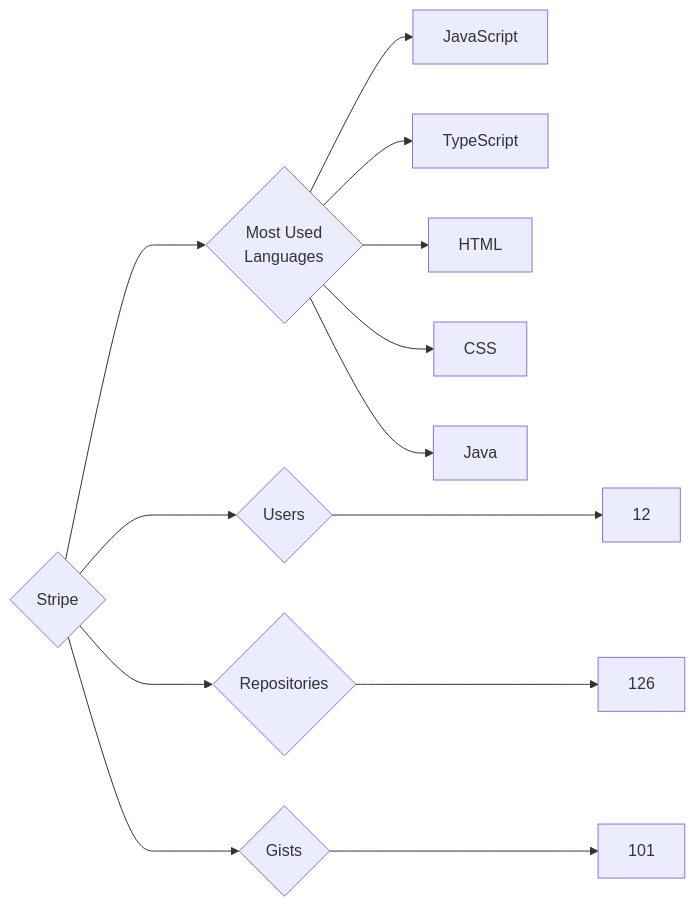
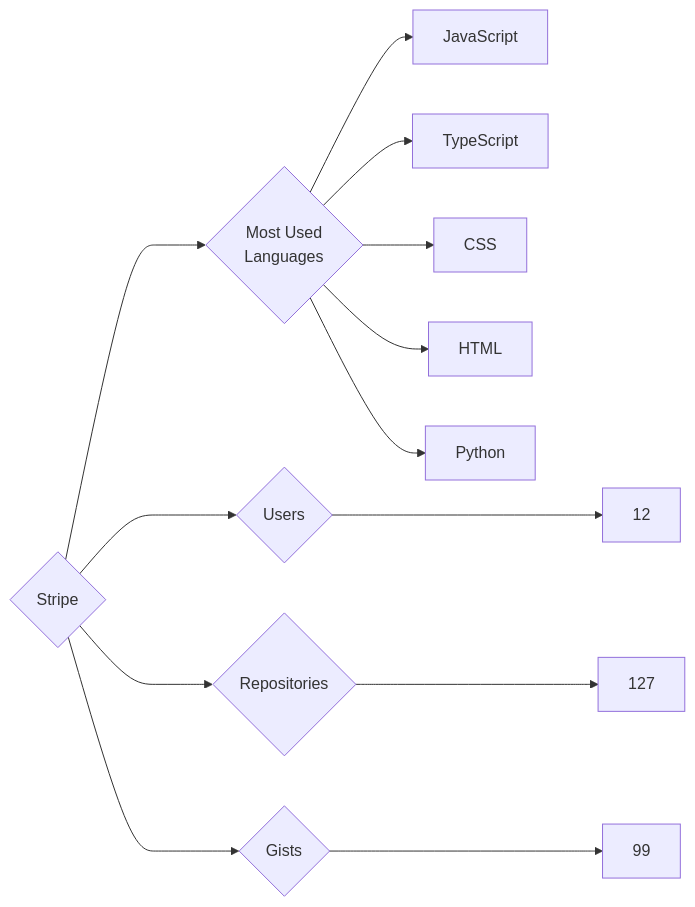
One commit to trickest/insiders changed the diagram in targets/Stripe/README.md. Above: the diagram before and after it, drawn with Mermaid. The commit also changed 1479 other files, not shown here.

````diff
--- a/targets/Stripe/README.md
+++ b/targets/Stripe/README.md
@@ -3,13 +3,13 @@
 ```mermaid
 graph LR
 COMPANY_NAME{Stripe}
 COMPANY_NAME ---> U{Users} ---> UN[12]
-COMPANY_NAME ---> R{Repositories} ---> RN[126]
-COMPANY_NAME ---> G{Gists} ---> GN[101]
+COMPANY_NAME ---> R{Repositories} ---> RN[127]
+COMPANY_NAME ---> G{Gists} ---> GN[99]
 COMPANY_NAME ---> ML{Most Used<br>Languages}
 ML --> JavaScript[JavaScript]
 ML --> TypeScript[TypeScript]
+ML --> CSS[CSS]
 ML --> HTML[HTML]
-ML --> CSS[CSS]
-ML --> Java[Java]
+ML --> Python[Python]
 ```
````
